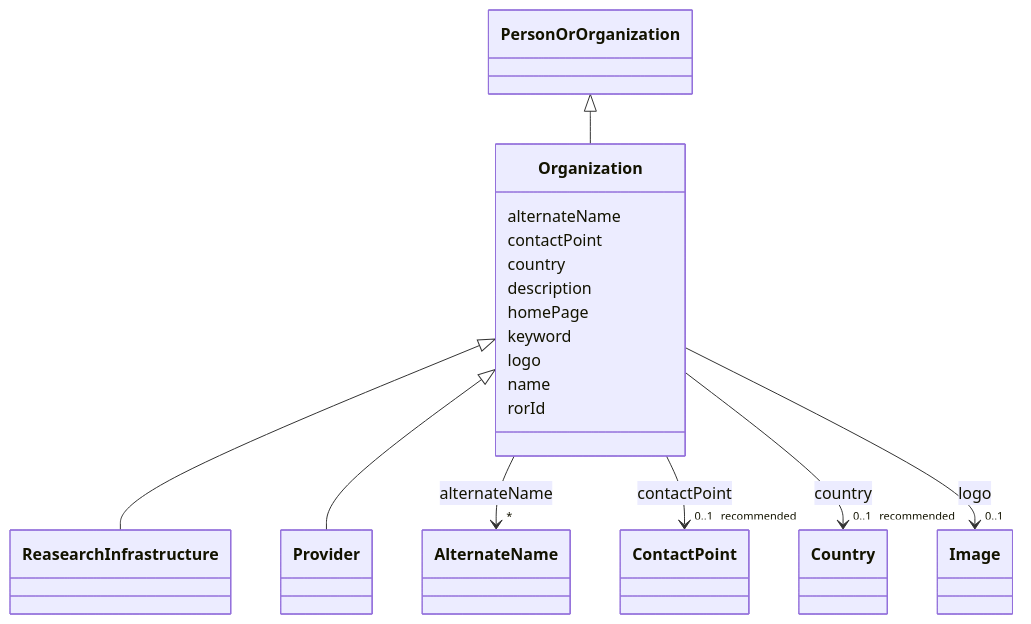
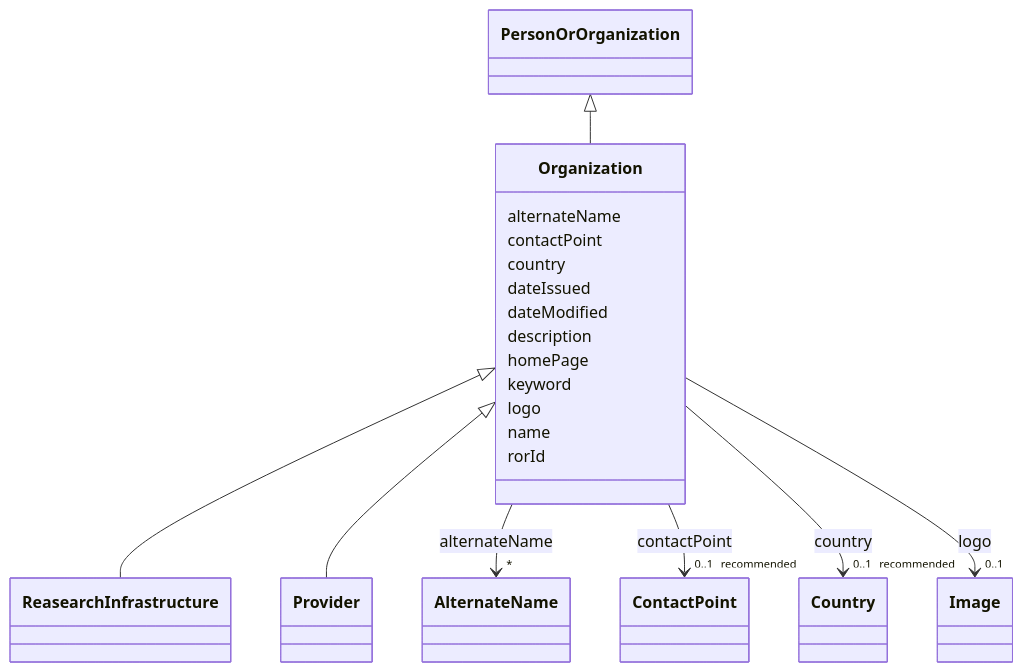
The diagram in models/docs/Organization.md (EVORA-project/evora-ontology), drawn with Mermaid before and after one commit. The commit also changed other lines of this file and 377 other files, not shown here.

````diff
--- a/models/docs/Organization.md
+++ b/models/docs/Organization.md
@@ -19,62 +19,66 @@
 ```mermaid
  classDiagram
     class Organization
     click Organization href "../Organization"
       PersonOrOrganization <|-- Organization
         click PersonOrOrganization href "../PersonOrOrganization"
       
 
       Organization <|-- ReasearchInfrastructure
         click ReasearchInfrastructure href "../ReasearchInfrastructure"
       Organization <|-- Provider
         click Provider href "../Provider"
       
       
       Organization : alternateName
         
           
     
     
     Organization --> "*" AlternateName : alternateName
     click AlternateName href "../AlternateName"
 
         
       Organization : contactPoint
         
           
     
     
     Organization --> "0..1 _recommended_" ContactPoint : contactPoint
     click ContactPoint href "../ContactPoint"
 
         
       Organization : country
         
           
     
     
     Organization --> "0..1 _recommended_" Country : country
     click Country href "../Country"
 
         
+      Organization : dateIssued
+        
+      Organization : dateModified
+        
       Organization : description
         
       Organization : homePage
         
       Organization : keyword
         
       Organization : logo
         
           
     
     
     Organization --> "0..1" Image : logo
     click Image href "../Image"
 
         
       Organization : name
         
       Organization : rorId
         
       
 ```
````
